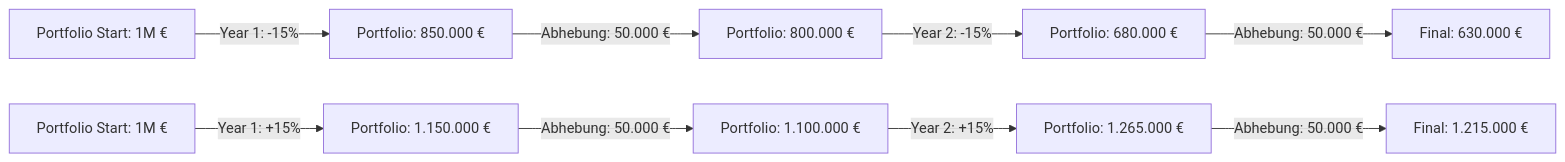
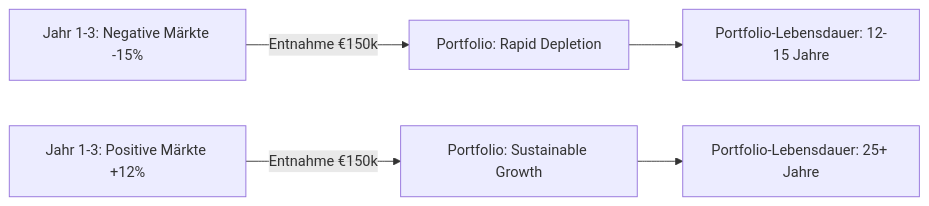
The second of 3 diagrams in docs/blog/posts/2025-05-25-sequential-thinking-revolution.md (satwareAG/satware.ai), drawn with Mermaid before and after one commit. The commit also changed other lines of this file, not shown here.

````diff
--- a/docs/blog/posts/2025-05-25-sequential-thinking-revolution.md
+++ b/docs/blog/posts/2025-05-25-sequential-thinking-revolution.md
@@ -155,12 +150,8 @@
 ```mermaid
 graph LR
-    A[Portfolio Start: 1M €] -->|Year 1: -15%| B[Portfolio: 850.000 €]
-    B -->|Abhebung: 50.000 €| C[Portfolio: 800.000 €]
-    C -->|Year 2: -15%| D[Portfolio: 680.000 €]
-    D -->|Abhebung: 50.000 €| E[Final: 630.000 €]
+    A[Jahr 1-3: Negative Märkte -15%] -->|Entnahme €150k| B[Portfolio: Rapid Depletion]
+    C[Jahr 1-3: Positive Märkte +12%] -->|Entnahme €150k| D[Portfolio: Sustainable Growth]
     
-    A2[Portfolio Start: 1M €] -->|Year 1: +15%| F[Portfolio: 1.150.000 €]
-    F -->|Abhebung: 50.000 €| G[Portfolio: 1.100.000 €]
-    G -->|Year 2: +15%| H[Portfolio: 1.265.000 €]
-    H -->|Abhebung: 50.000 €| I[Final: 1.215.000 €]
+    B --> E[Portfolio-Lebensdauer: 12-15 Jahre]
+    D --> F[Portfolio-Lebensdauer: 25+ Jahre]
 ```
````
